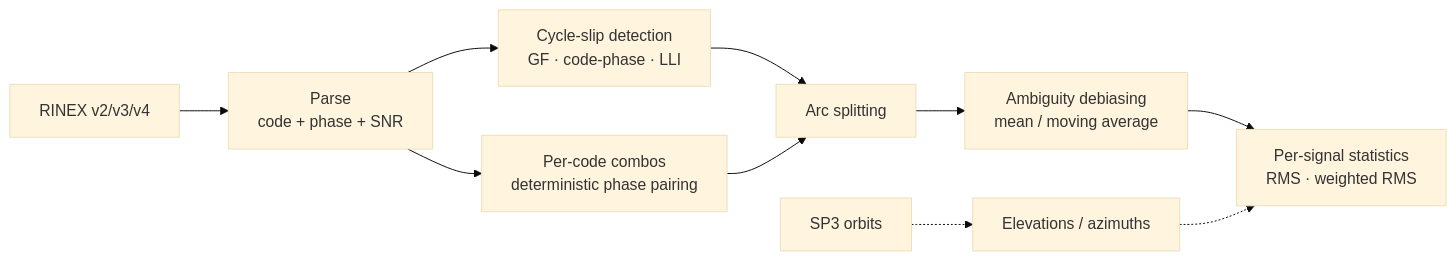
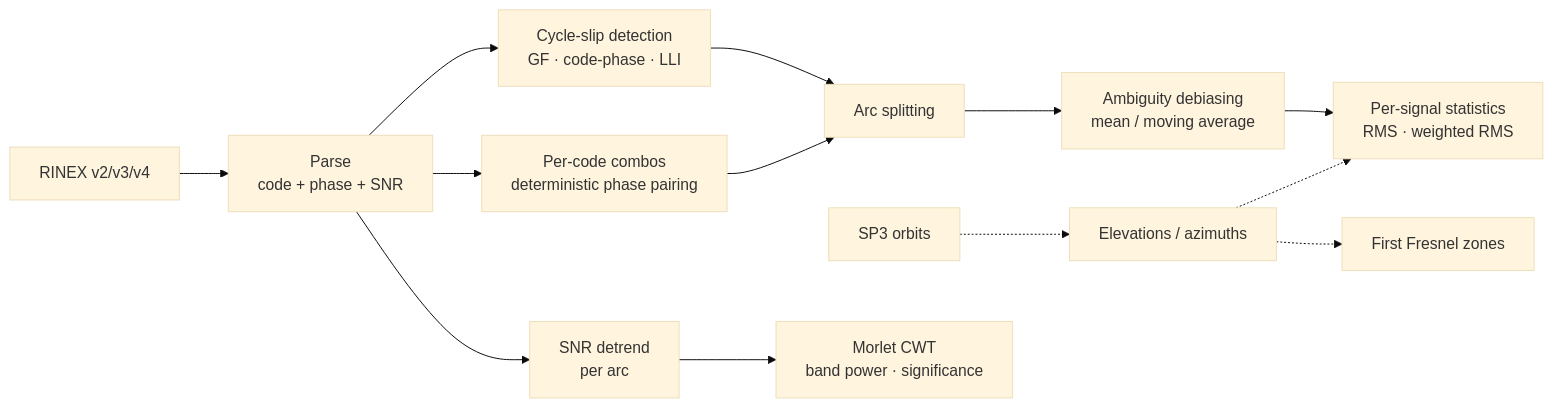
Before and after one commit to miluta7/geoveil-mp: the diagram in README.md, drawn with Mermaid (base theme). The commit also changed other lines of this file and 16 other files, not shown here.

````diff
--- a/README.md
+++ b/README.md
@@ -167,12 +201,15 @@
 ```mermaid
 flowchart LR
     A[RINEX v2/v3/v4] --> B[Parse<br/>code + phase + SNR]
     B --> C[Per-code combos<br/>deterministic phase pairing]
     B --> D[Cycle-slip detection<br/>GF · code-phase · LLI]
     D --> E[Arc splitting]
     C --> E
     E --> F[Ambiguity debiasing<br/>mean / moving average]
     F --> G[Per-signal statistics<br/>RMS · weighted RMS]
     H[SP3 orbits] -.-> I[Elevations / azimuths]
     I -.-> G
+    B --> J[SNR detrend<br/>per arc]
+    J --> K[Morlet CWT<br/>band power · significance]
+    I -.-> L[First Fresnel zones]
 ```
````
